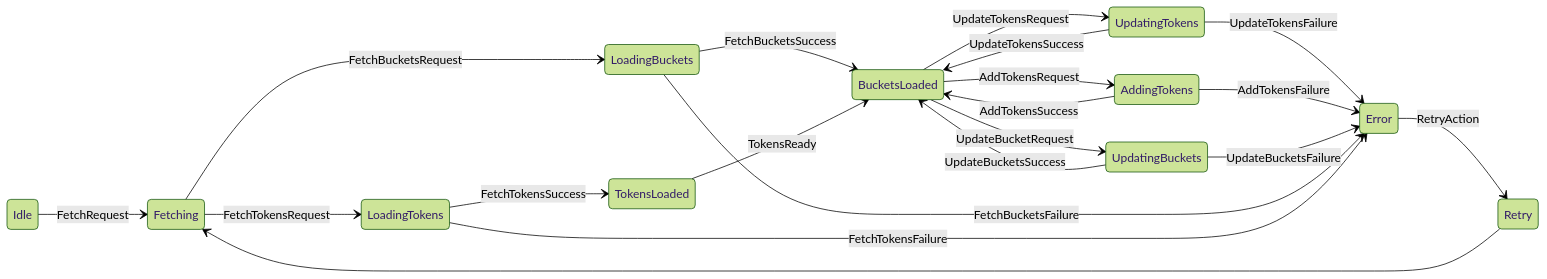
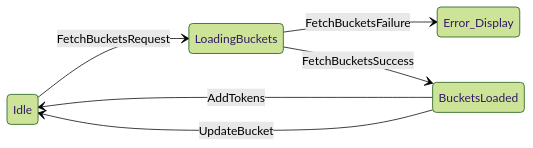
Before and after one commit to Brandontzhang/daily-tokens: the seventh of 9 diagrams in README.md, drawn with Mermaid (forest theme). The commit also changed 3 other files, not shown here.

````diff
--- a/README.md
+++ b/README.md
@@ -159,31 +159,12 @@
 ```mermaid
 stateDiagram-v2
     direction LR
 
-    Idle --> Fetching: FetchRequest
-    Fetching --> LoadingTokens: FetchTokensRequest
-    Fetching --> LoadingBuckets: FetchBucketsRequest
+    Idle --> LoadingBuckets: FetchBucketsRequest
 
-    LoadingTokens --> TokensLoaded: FetchTokensSuccess
+    LoadingBuckets --> Error_Display: FetchBucketsFailure
     LoadingBuckets --> BucketsLoaded: FetchBucketsSuccess
 
-    TokensLoaded --> BucketsLoaded: TokensReady
-    BucketsLoaded --> UpdatingBuckets: UpdateBucketRequest
-    UpdatingBuckets --> BucketsLoaded: UpdateBucketsSuccess
-
-    BucketsLoaded --> UpdatingTokens: UpdateTokensRequest
-    UpdatingTokens --> BucketsLoaded: UpdateTokensSuccess
-
-    BucketsLoaded --> AddingTokens: AddTokensRequest
-    AddingTokens --> BucketsLoaded: AddTokensSuccess
-
-    UpdatingTokens --> Error: UpdateTokensFailure
-    AddingTokens --> Error: AddTokensFailure
-    UpdatingBuckets --> Error: UpdateBucketsFailure
-    LoadingBuckets --> Error: FetchBucketsFailure
-    LoadingTokens --> Error: FetchTokensFailure
-
-    Error --> Retry: RetryAction
-    Retry --> Fetching
-
+    BucketsLoaded --> Idle: AddTokens
+    BucketsLoaded --> Idle: UpdateBucket
 ```
````
